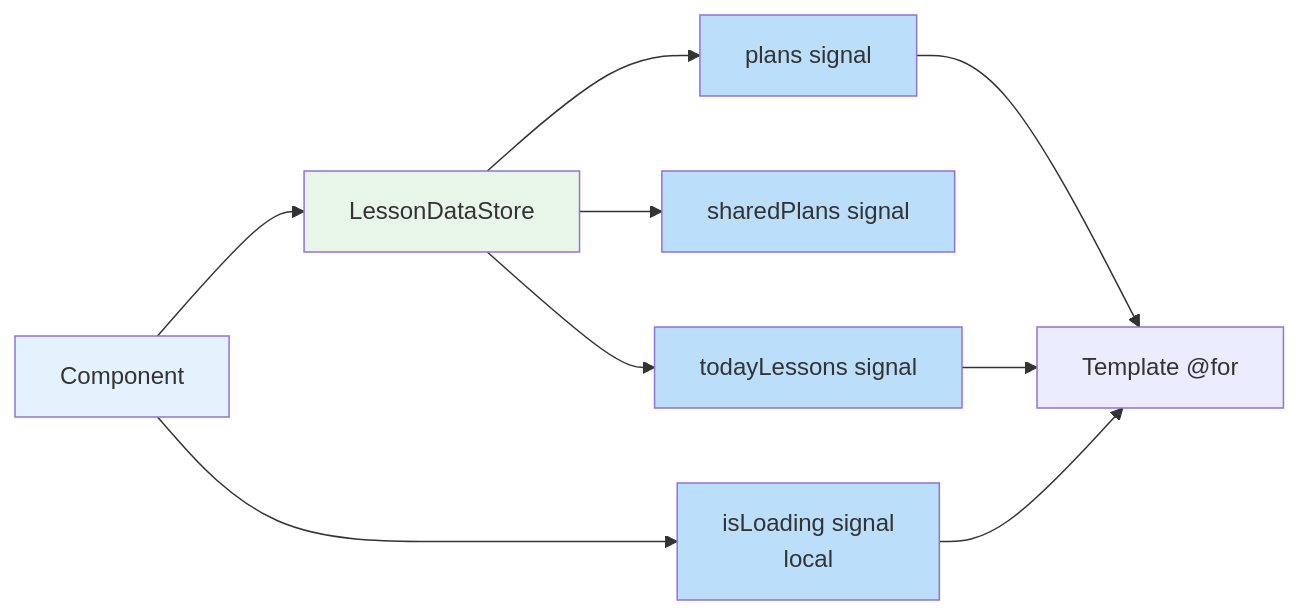
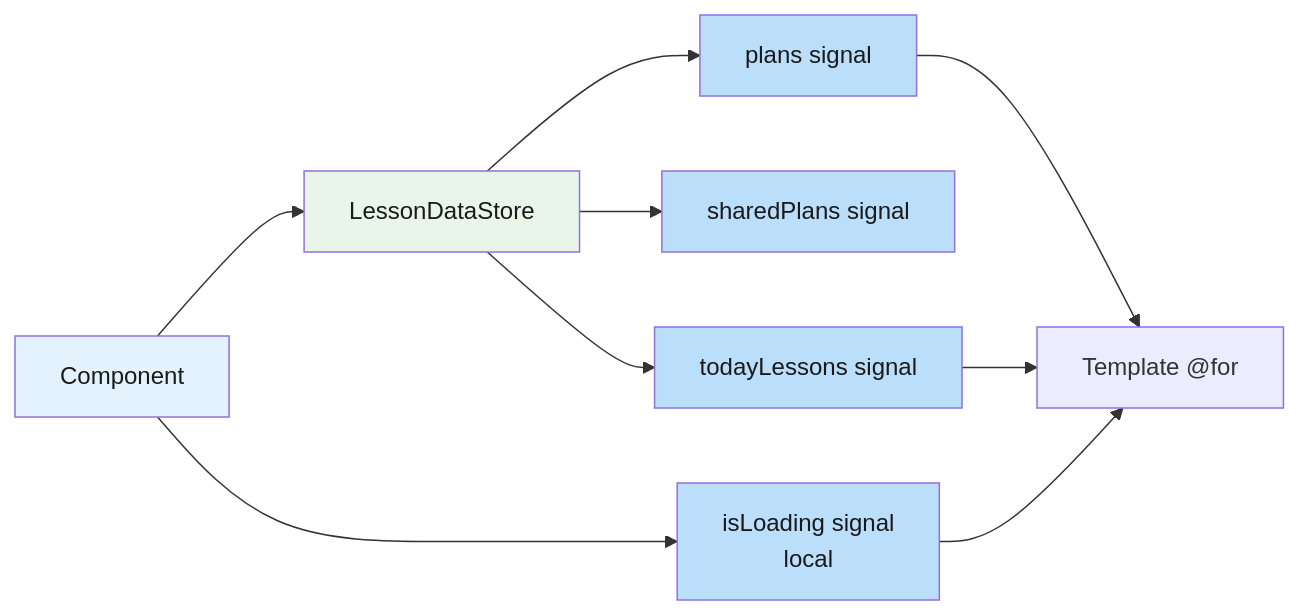
The third of 4 diagrams in diagrams/frontend/01-architecture.md (Dockdep/LessonHub), drawn with Mermaid before and after one commit. The commit also changed other lines of this file and 26 other files, not shown here.

````diff
--- a/diagrams/frontend/01-architecture.md
+++ b/diagrams/frontend/01-architecture.md
@@ -93,22 +93,22 @@
 ```mermaid
 flowchart LR
-  classDef sig fill:#bbdefb
-  classDef cmp fill:#e3f2fd
-  classDef svc fill:#e8f5e9
+  classDef sig fill:#bbdefb,color:#1a1a1a
+  classDef cmp fill:#e3f2fd,color:#1a1a1a
+  classDef svc fill:#e8f5e9,color:#1a1a1a
 
   store[LessonDataStore]:::svc
   s_plans[plans signal]:::sig
   s_shared[sharedPlans signal]:::sig
   s_today[todayLessons signal]:::sig
   comp[Component]:::cmp
   comp_sig["isLoading signal<br/>local"]:::sig
 
   store --> s_plans
   store --> s_shared
   store --> s_today
   comp --> store
   comp --> comp_sig
   s_plans --> tmpl[Template @for]
   s_today --> tmpl
   comp_sig --> tmpl
 ```
````
